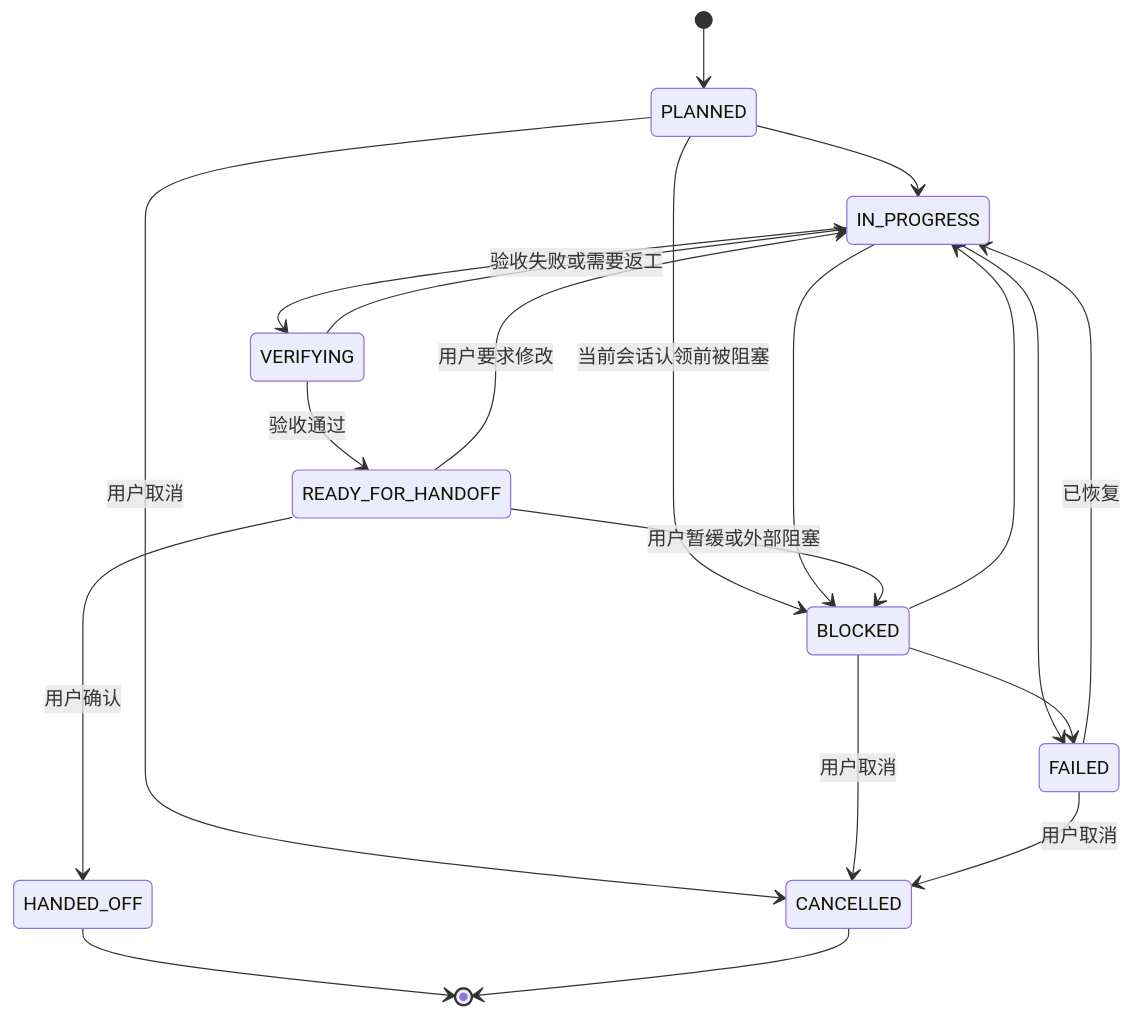
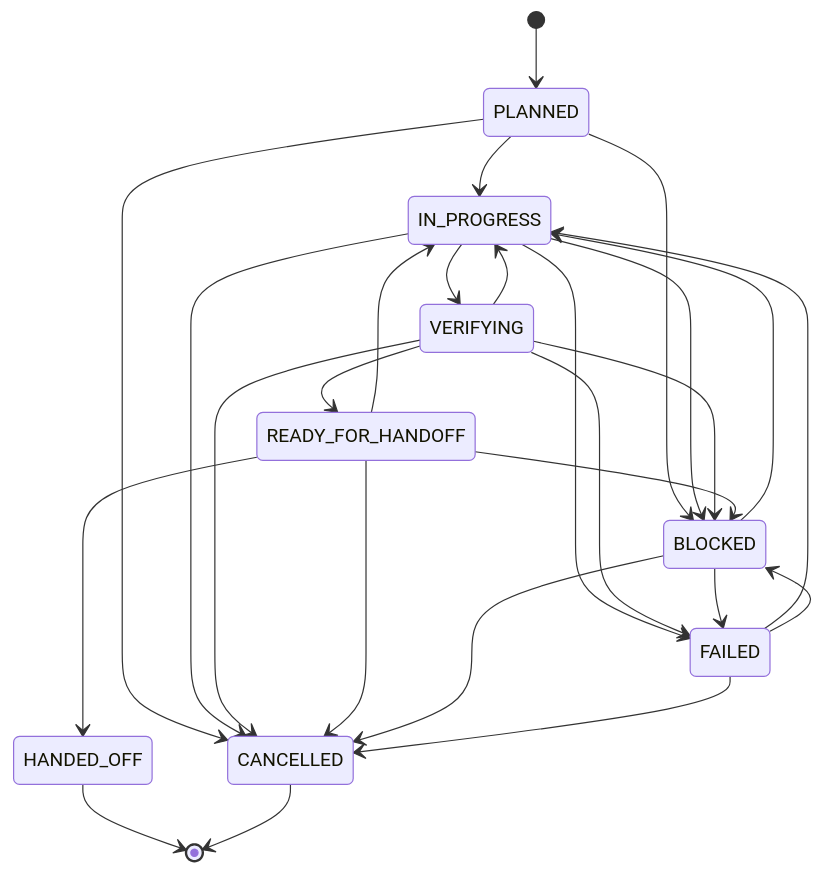
Before and after one commit to Viver12138/longtask_skill: the diagram in references/protocol.md, drawn with Mermaid. The commit also changed other lines of this file and 11 other files, not shown here.

````diff
--- a/references/protocol.md
+++ b/references/protocol.md
@@ -91,22 +54,28 @@
 ```mermaid
 stateDiagram-v2
     [*] --> PLANNED
     PLANNED --> IN_PROGRESS
-    PLANNED --> BLOCKED: 当前会话认领前被阻塞
-    PLANNED --> CANCELLED: 用户取消
+    PLANNED --> BLOCKED
+    PLANNED --> CANCELLED
+    IN_PROGRESS --> VERIFYING
     IN_PROGRESS --> BLOCKED
+    IN_PROGRESS --> FAILED
+    IN_PROGRESS --> CANCELLED
+    VERIFYING --> READY_FOR_HANDOFF
+    VERIFYING --> IN_PROGRESS
+    VERIFYING --> BLOCKED
+    VERIFYING --> FAILED
+    VERIFYING --> CANCELLED
+    READY_FOR_HANDOFF --> HANDED_OFF
+    READY_FOR_HANDOFF --> IN_PROGRESS
+    READY_FOR_HANDOFF --> BLOCKED
+    READY_FOR_HANDOFF --> CANCELLED
     BLOCKED --> IN_PROGRESS
-    BLOCKED --> CANCELLED: 用户取消
-    IN_PROGRESS --> VERIFYING
-    VERIFYING --> IN_PROGRESS: 验收失败或需要返工
-    VERIFYING --> READY_FOR_HANDOFF: 验收通过
-    READY_FOR_HANDOFF --> HANDED_OFF: 用户确认
-    READY_FOR_HANDOFF --> IN_PROGRESS: 用户要求修改
-    READY_FOR_HANDOFF --> BLOCKED: 用户暂缓或外部阻塞
-    IN_PROGRESS --> FAILED
     BLOCKED --> FAILED
-    FAILED --> IN_PROGRESS: 已恢复
-    FAILED --> CANCELLED: 用户取消
+    BLOCKED --> CANCELLED
+    FAILED --> IN_PROGRESS
+    FAILED --> BLOCKED
+    FAILED --> CANCELLED
     HANDED_OFF --> [*]
     CANCELLED --> [*]
 ```
````
